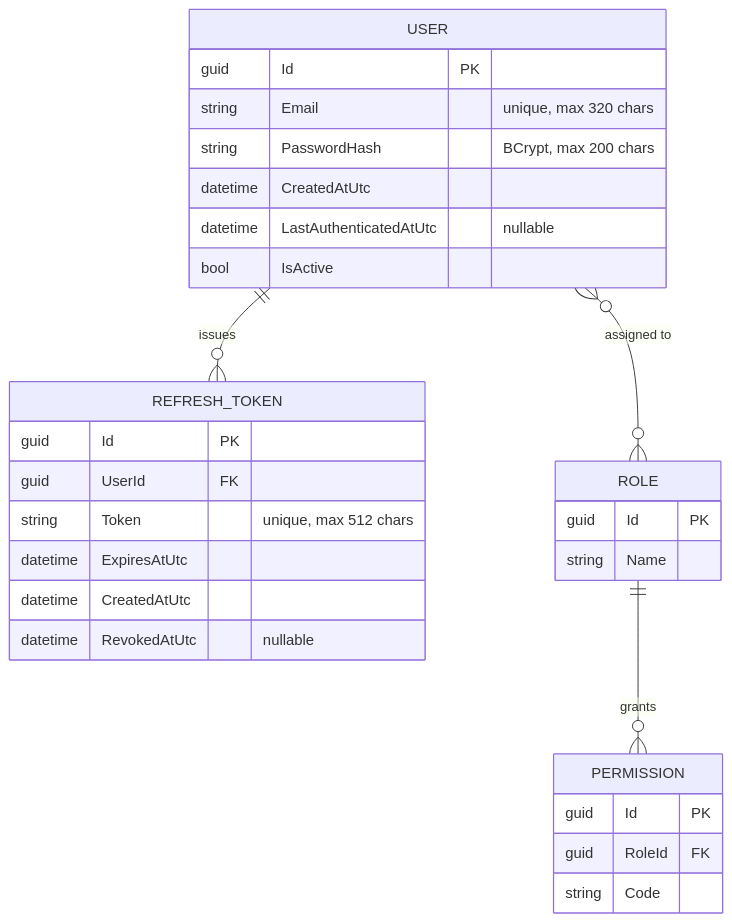
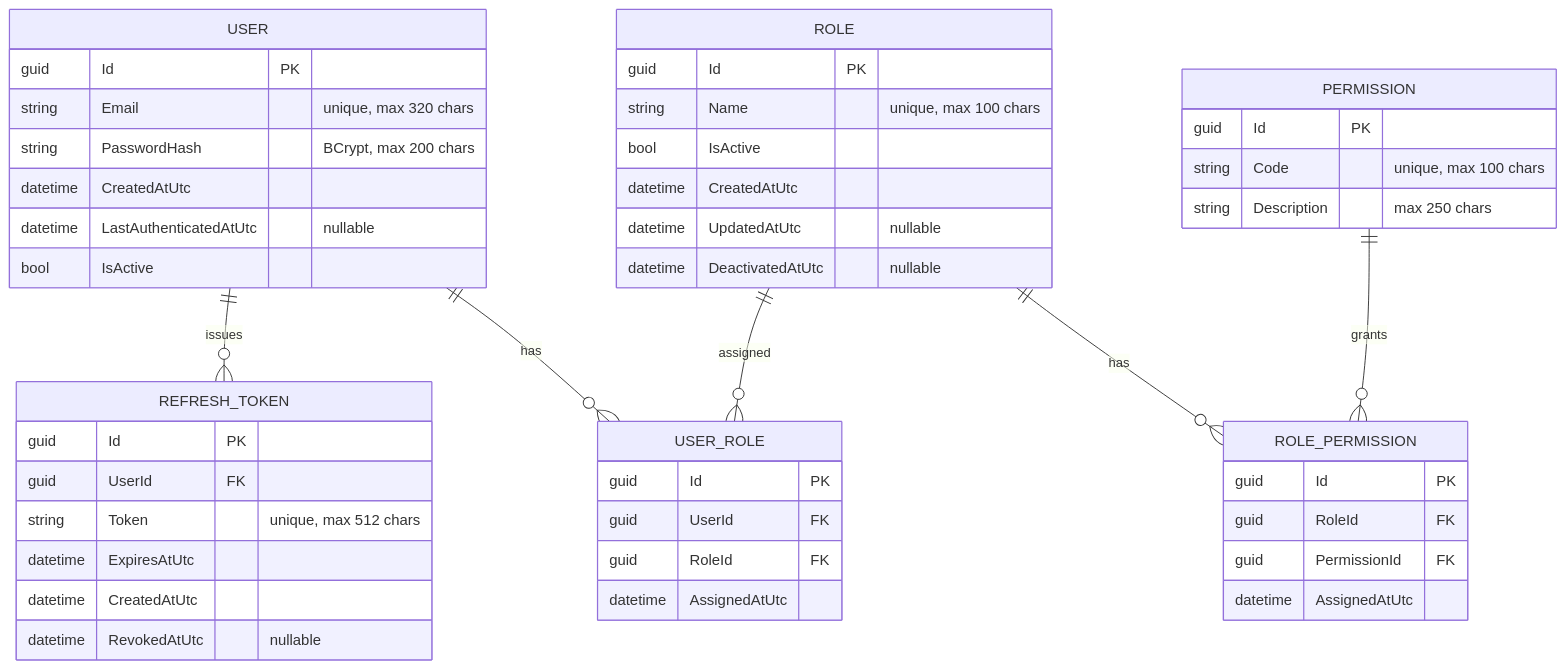
One commit to Helderito/ERP-Intelligence-Platform changed the first of 2 diagrams in docs/database/Entity-Relationship-Diagram.md. Above: the diagram before and after it, drawn with Mermaid. The commit also changed other lines of this file and 88 other files, not shown here.

````diff
--- a/docs/database/Entity-Relationship-Diagram.md
+++ b/docs/database/Entity-Relationship-Diagram.md
@@ -29,32 +29,50 @@
 ```mermaid
 erDiagram
     USER ||--o{ REFRESH_TOKEN : issues
-    USER }o--o{ ROLE : "assigned to"
-    ROLE ||--o{ PERMISSION : grants
+    USER ||--o{ USER_ROLE : has
+    ROLE ||--o{ USER_ROLE : assigned
+    ROLE ||--o{ ROLE_PERMISSION : has
+    PERMISSION ||--o{ ROLE_PERMISSION : grants
 
     USER {
         guid Id PK
         string Email "unique, max 320 chars"
         string PasswordHash "BCrypt, max 200 chars"
         datetime CreatedAtUtc
         datetime LastAuthenticatedAtUtc "nullable"
         bool IsActive
     }
     REFRESH_TOKEN {
         guid Id PK
         guid UserId FK
         string Token "unique, max 512 chars"
         datetime ExpiresAtUtc
         datetime CreatedAtUtc
         datetime RevokedAtUtc "nullable"
     }
     ROLE {
         guid Id PK
-        string Name
+        string Name "unique, max 100 chars"
+        bool IsActive
+        datetime CreatedAtUtc
+        datetime UpdatedAtUtc "nullable"
+        datetime DeactivatedAtUtc "nullable"
     }
     PERMISSION {
         guid Id PK
+        string Code "unique, max 100 chars"
+        string Description "max 250 chars"
+    }
+    USER_ROLE {
+        guid Id PK
+        guid UserId FK
         guid RoleId FK
-        string Code
+        datetime AssignedAtUtc
+    }
+    ROLE_PERMISSION {
+        guid Id PK
+        guid RoleId FK
+        guid PermissionId FK
+        datetime AssignedAtUtc
     }
 ```
````
